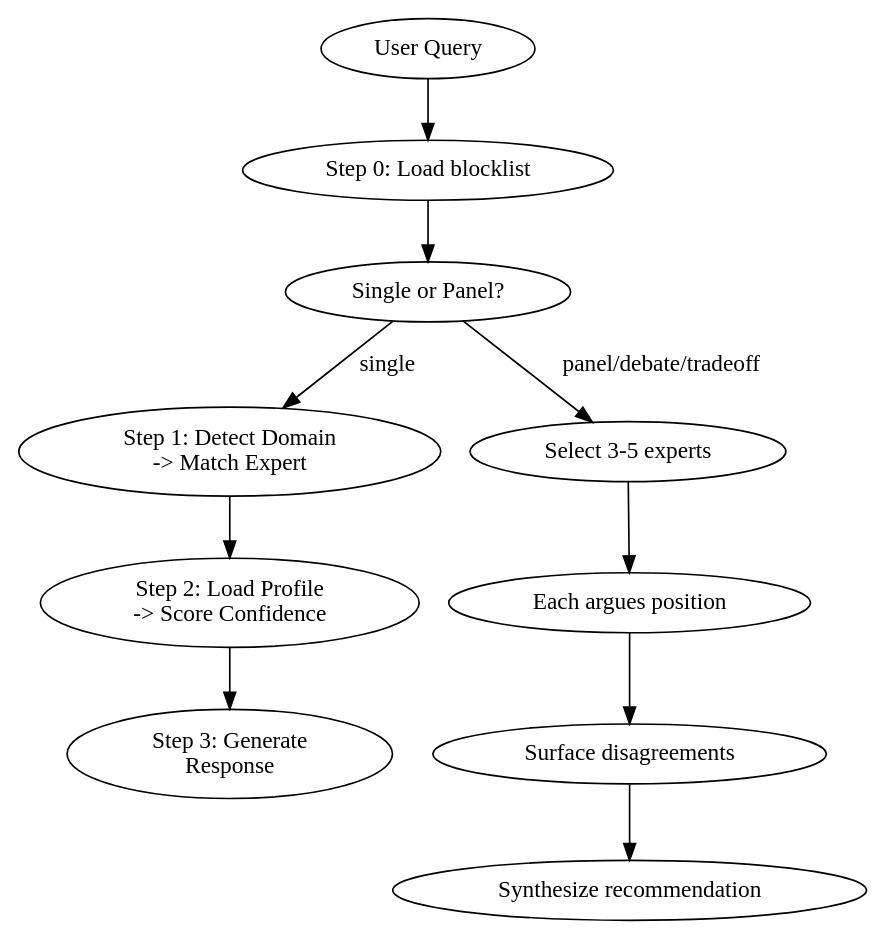
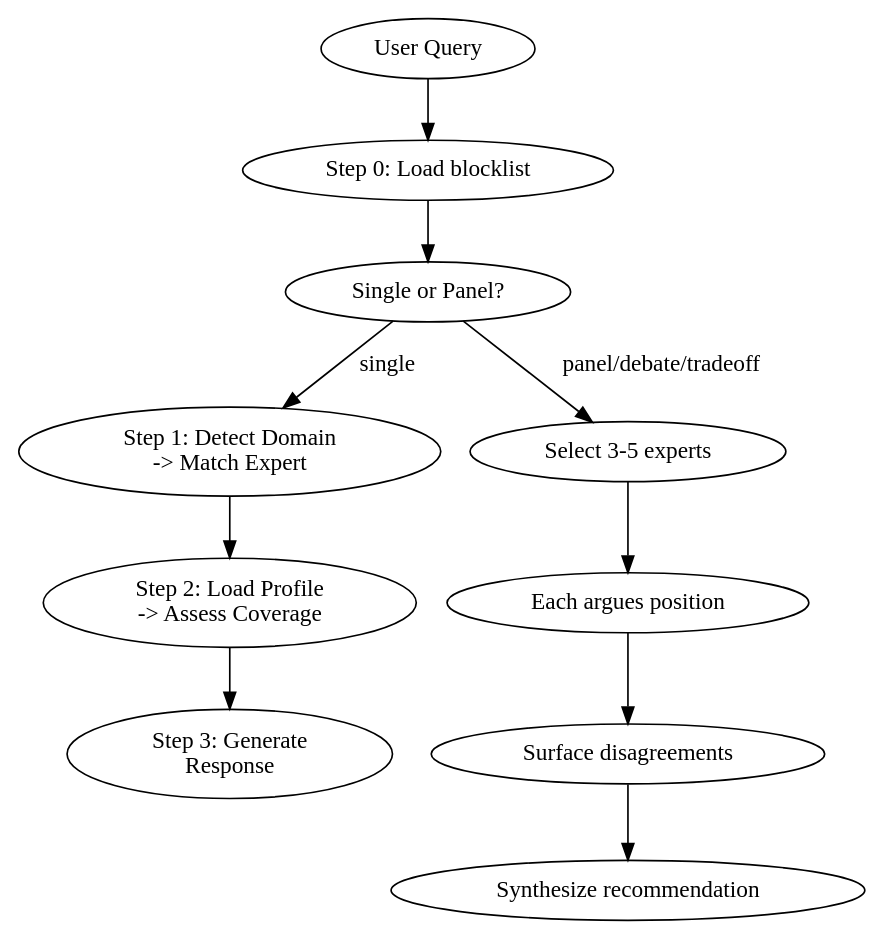
One commit to saadshahd/moo.md changed the diagram in hope/skills/consult/SKILL.md. Above: the diagram before and after it, drawn with Graphviz. The commit also changed other lines of this file and 12 other files, not shown here.

````diff
--- a/hope/skills/consult/SKILL.md
+++ b/hope/skills/consult/SKILL.md
@@ -37,20 +37,20 @@
 ```dot
 digraph ConsultWorkflow {
   rankdir=TB
   Input [label="User Query"]
   Blocklist [label="Step 0: Load blocklist"]
   ModeDetect [label="Single or Panel?"]
   Detect [label="Step 1: Detect Domain\n-> Match Expert"]
-  Infer [label="Step 2: Load Profile\n-> Score Confidence"]
+  Infer [label="Step 2: Load Profile\n-> Assess Coverage"]
   Generate [label="Step 3: Generate\nResponse"]
   PanelSelect [label="Select 3-5 experts"]
   Debate [label="Each argues position"]
   Tension [label="Surface disagreements"]
   Synth [label="Synthesize recommendation"]
   Input -> Blocklist -> ModeDetect
   ModeDetect -> Detect [label="single"]
   ModeDetect -> PanelSelect [label="panel/debate/tradeoff"]
   Detect -> Infer -> Generate
   PanelSelect -> Debate -> Tension -> Synth
 }
 ```
````
